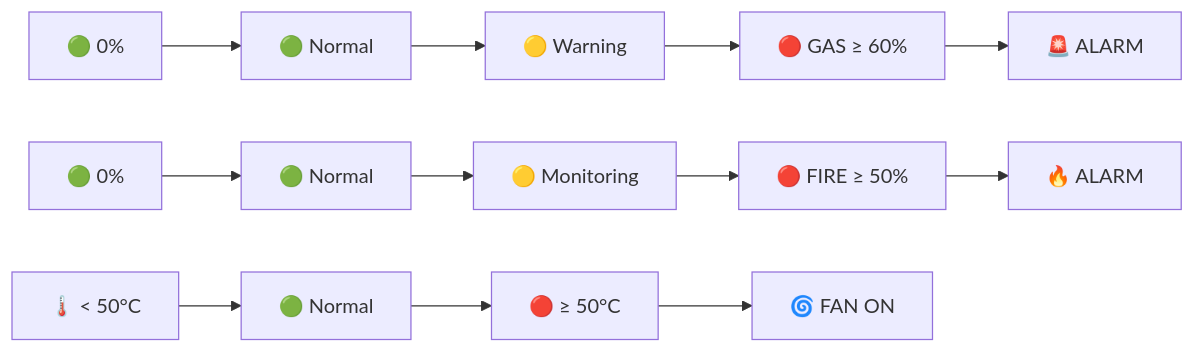
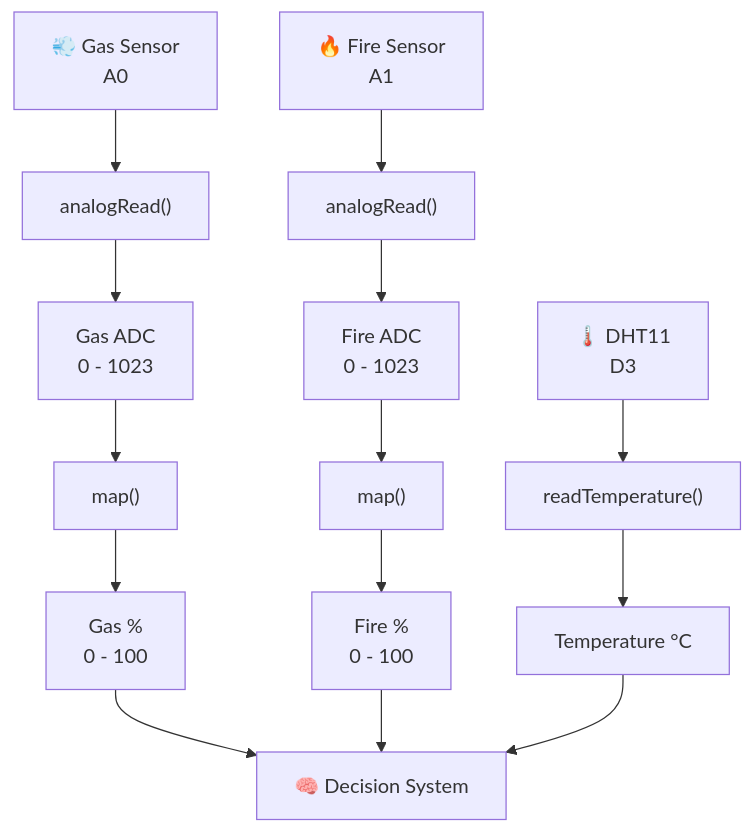
One commit to AkashAnnamalai/Kitchen-Monitoring-Systems changed the third of 16 diagrams in README.md. Above: the diagram before and after it, drawn with Mermaid. The commit also changed other lines of this file, not shown here.

````diff
--- a/README.md
+++ b/README.md
@@ -137,16 +183,19 @@
 ```mermaid
-graph LR
-    A["🟢 0%"] --> B["🟢 Normal"]
-    B --> C["🟡 Warning"]
-    C --> D["🔴 GAS ≥ 60%"]
-    D --> E["🚨 ALARM"]
+flowchart TD
+    A["💨 Gas Sensor<br/>A0"] --> B["analogRead()"]
+    B --> C["Gas ADC<br/>0 - 1023"]
+    C --> D["map()"]
+    D --> E["Gas %<br/>0 - 100"]
 
-    F["🟢 0%"] --> G["🟢 Normal"]
-    G --> H["🟡 Monitoring"]
-    H --> I["🔴 FIRE ≥ 50%"]
-    I --> J["🔥 ALARM"]
+    F["🔥 Fire Sensor<br/>A1"] --> G["analogRead()"]
+    G --> H["Fire ADC<br/>0 - 1023"]
+    H --> I["map()"]
+    I --> J["Fire %<br/>0 - 100"]
 
-    K["🌡️ < 50°C"] --> L["🟢 Normal"]
-    L --> M["🔴 ≥ 50°C"]
-    M --> N["🌀 FAN ON"]
+    K["🌡️ DHT11<br/>D3"] --> L["readTemperature()"]
+    L --> M["Temperature °C"]
+
+    E --> N["🧠 Decision System"]
+    J --> N
+    M --> N
 ```
````
